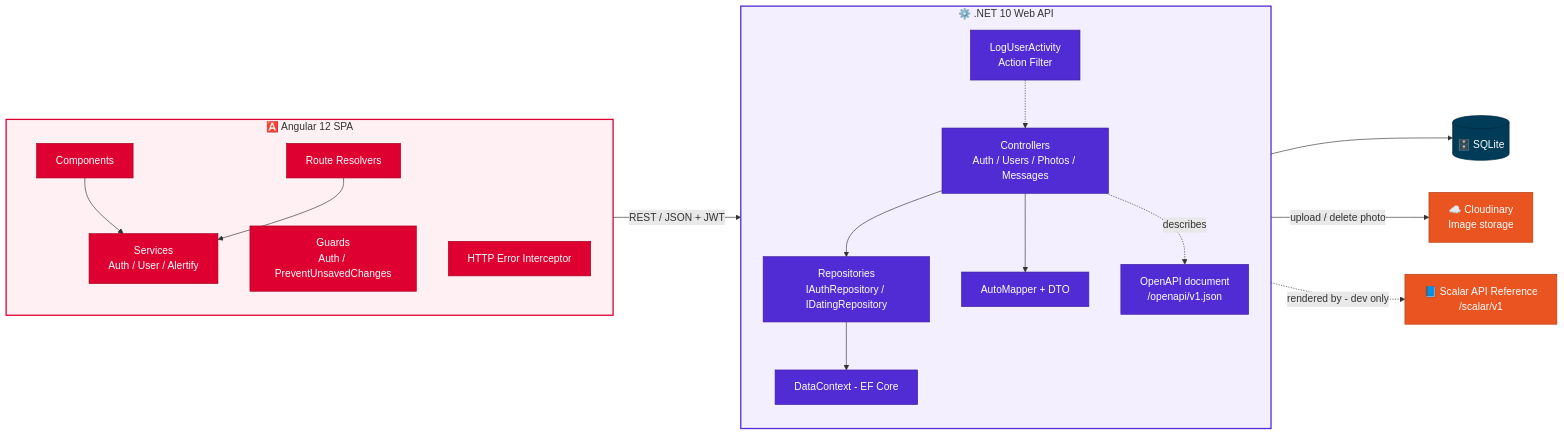
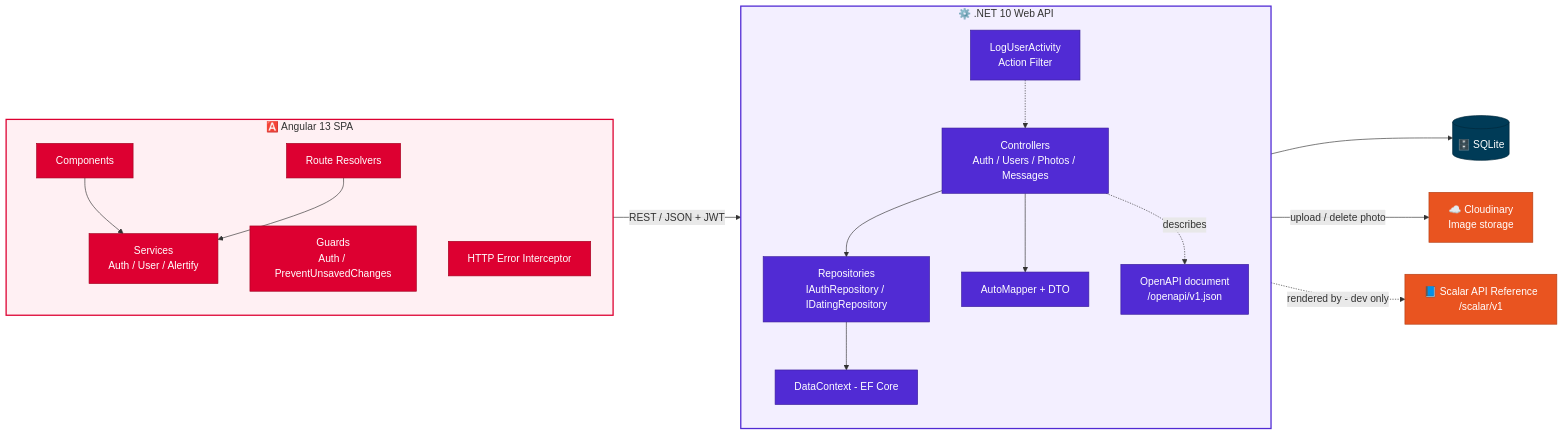
The first of 6 diagrams in README.md (NisanurBulut/KimOkurAPP), drawn with Mermaid before and after one commit. The commit also changed other lines of this file and 26 other files, not shown here.

````diff
--- a/README.md
+++ b/README.md
@@ -154,40 +166,40 @@
 ```mermaid
 flowchart LR
-    subgraph SPA["🅰️ Angular 12 SPA"]
+    subgraph SPA["🅰️ Angular 13 SPA"]
         direction TB
         CMP["Components"] --> SRV["Services<br/>Auth / User / Alertify"]
         RES["Route Resolvers"] --> SRV
         GRD["Guards<br/>Auth / PreventUnsavedChanges"]
         INT["HTTP Error Interceptor"]
     end
 
     subgraph API["⚙️ .NET 10 Web API"]
         direction TB
         CTR["Controllers<br/>Auth / Users / Photos / Messages"] --> REP["Repositories<br/>IAuthRepository / IDatingRepository"]
         CTR --> MAP["AutoMapper + DTO"]
         FLT["LogUserActivity<br/>Action Filter"] -.-> CTR
         REP --> CTX["DataContext - EF Core"]
         OAS["OpenAPI document<br/>/openapi/v1.json"]
     end
 
     DB[("🗄️ SQLite")]
     CLD["☁️ Cloudinary<br/>Image storage"]
     SCL["📘 Scalar API Reference<br/>/scalar/v1"]
 
     SRV -->|"REST / JSON + JWT"| CTR
     CTX --> DB
     CTR -->|"upload / delete photo"| CLD
     CTR -.->|"describes"| OAS
     OAS -.->|"rendered by - dev only"| SCL
 
     classDef spa fill:#DD0031,stroke:#A3001F,color:#ffffff
     classDef api fill:#512BD4,stroke:#3A1E9C,color:#ffffff
     classDef ext fill:#E95420,stroke:#B33E14,color:#ffffff
     classDef store fill:#003B57,stroke:#00283B,color:#ffffff
     class CMP,SRV,RES,GRD,INT spa
     class CTR,REP,MAP,FLT,CTX,OAS api
     class CLD,SCL ext
     class DB store
     style SPA fill:#FFF0F3,stroke:#DD0031,stroke-width:2px
     style API fill:#F3EFFF,stroke:#512BD4,stroke-width:2px
 ```
````
